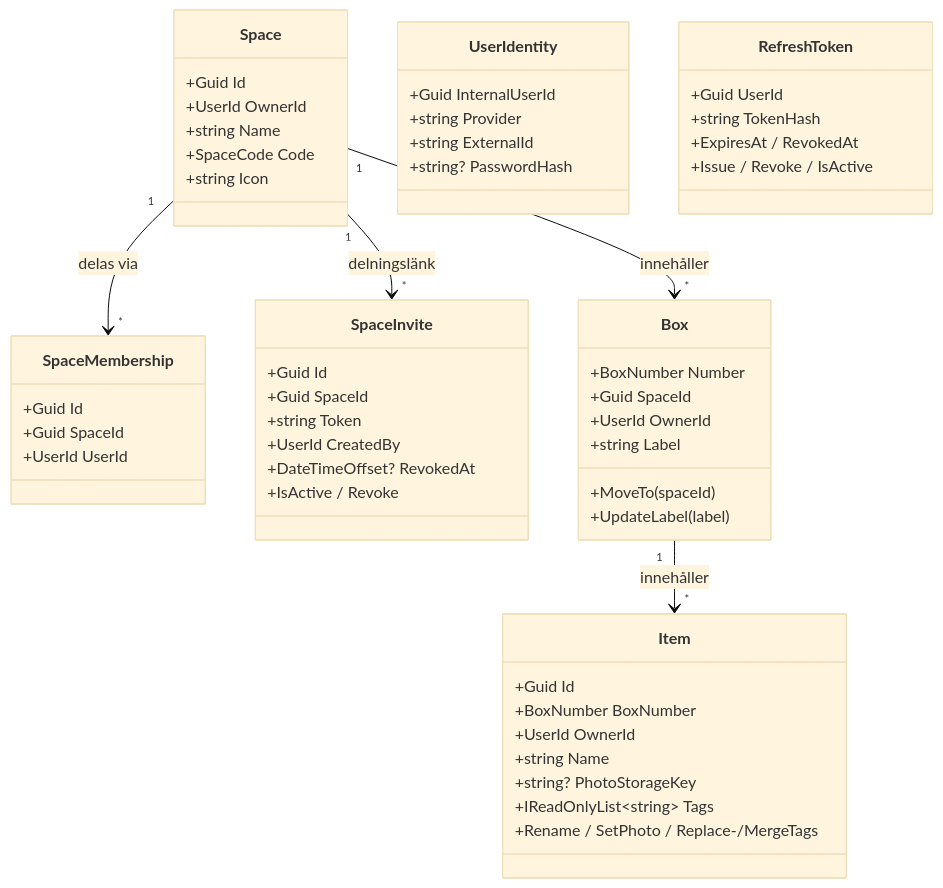
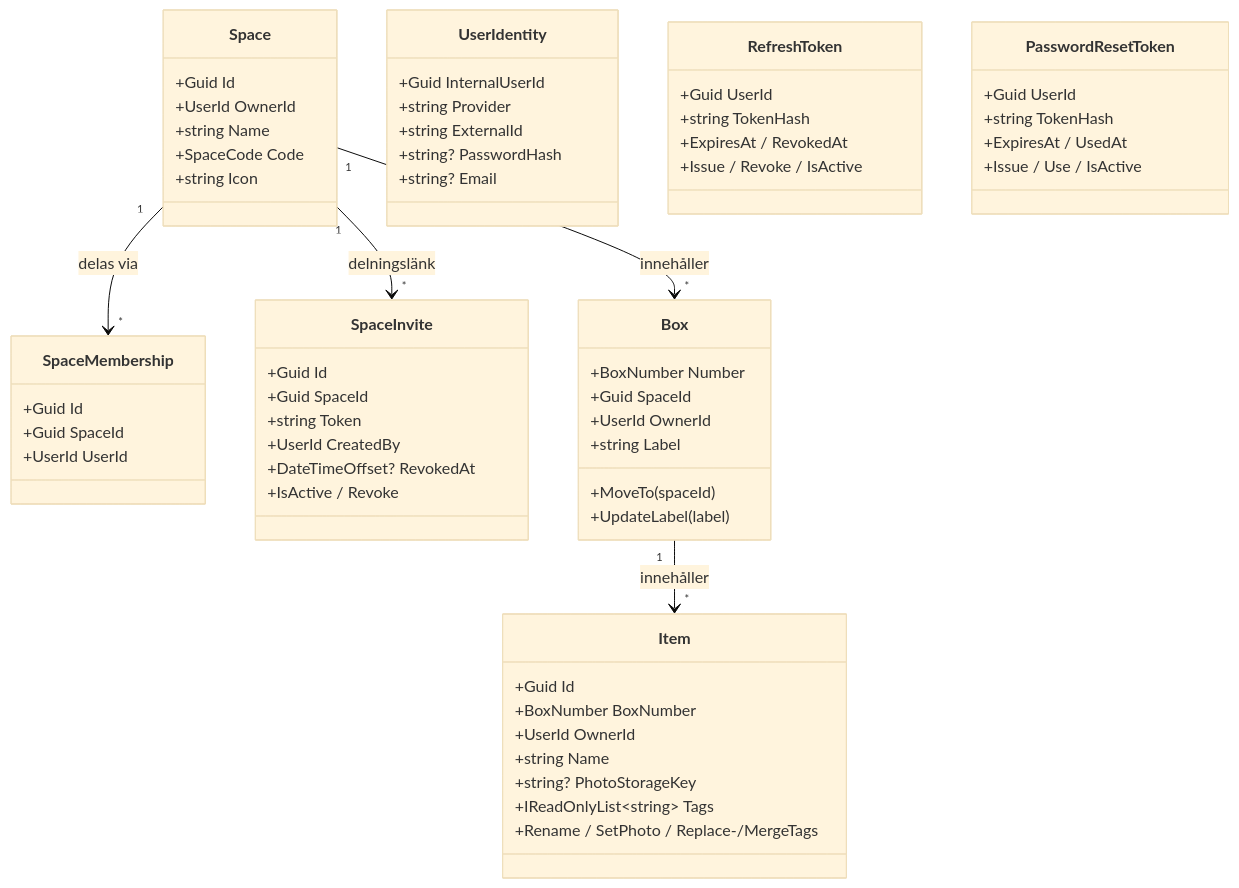
Before and after one commit to antfolkarn/Stuff_In_A_Box: the fifth of 5 diagrams in docs/ARCHITECTURE.md, drawn with Mermaid (base theme). The commit also changed other lines of this file and 26 other files, not shown here.

````diff
--- a/docs/ARCHITECTURE.md
+++ b/docs/ARCHITECTURE.md
@@ -170,57 +177,64 @@
 ```mermaid
 classDiagram
     class Space {
         +Guid Id
         +UserId OwnerId
         +string Name
         +SpaceCode Code
         +string Icon
     }
     class SpaceMembership {
         +Guid Id
         +Guid SpaceId
         +UserId UserId
     }
     class SpaceInvite {
         +Guid Id
         +Guid SpaceId
         +string Token
         +UserId CreatedBy
         +DateTimeOffset? RevokedAt
         +IsActive / Revoke
     }
     class Box {
         +BoxNumber Number
         +Guid SpaceId
         +UserId OwnerId
         +string Label
         +MoveTo(spaceId)
         +UpdateLabel(label)
     }
     class Item {
         +Guid Id
         +BoxNumber BoxNumber
         +UserId OwnerId
         +string Name
         +string? PhotoStorageKey
         +IReadOnlyList~string~ Tags
         +Rename / SetPhoto / Replace-/MergeTags
     }
     class UserIdentity {
         +Guid InternalUserId
         +string Provider
         +string ExternalId
         +string? PasswordHash
+        +string? Email
     }
     class RefreshToken {
         +Guid UserId
         +string TokenHash
         +ExpiresAt / RevokedAt
         +Issue / Revoke / IsActive
     }
+    class PasswordResetToken {
+        +Guid UserId
+        +string TokenHash
+        +ExpiresAt / UsedAt
+        +Issue / Use / IsActive
+    }
 
     Space "1" --> "*" Box : innehåller
     Box "1" --> "*" Item : innehåller
     Space "1" --> "*" SpaceMembership : delas via
     Space "1" --> "*" SpaceInvite : delningslänk
 ```
````
